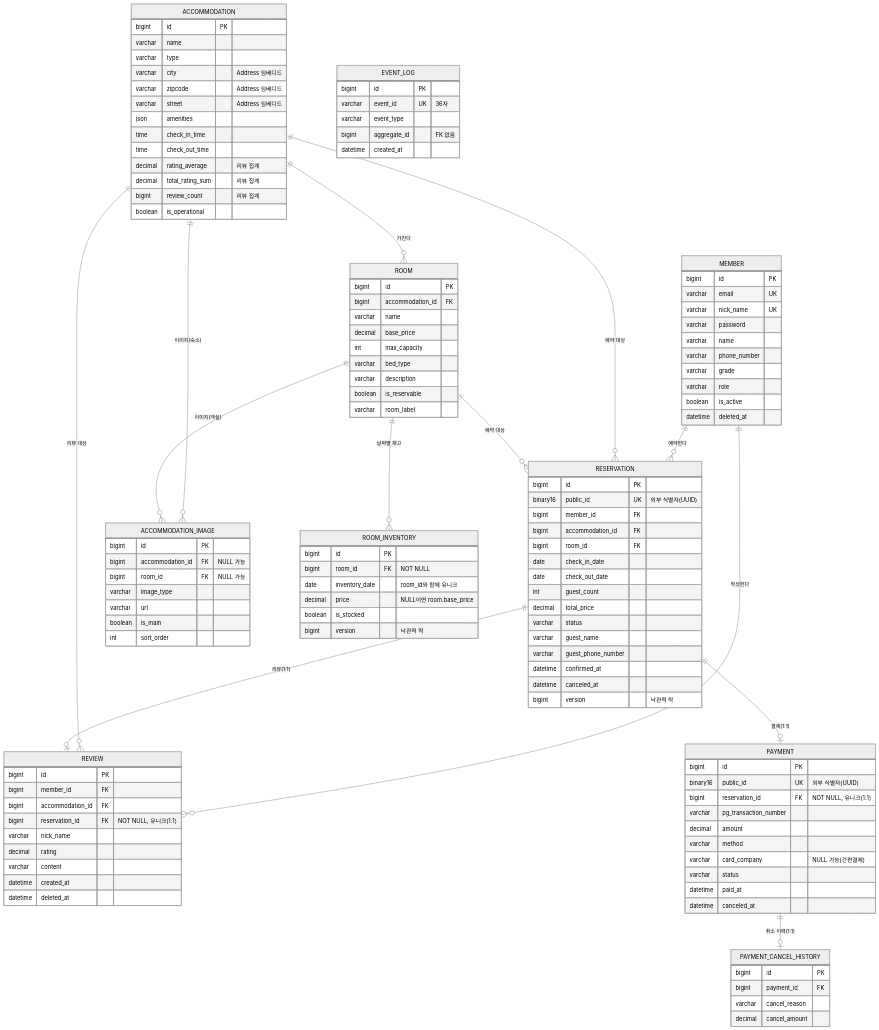
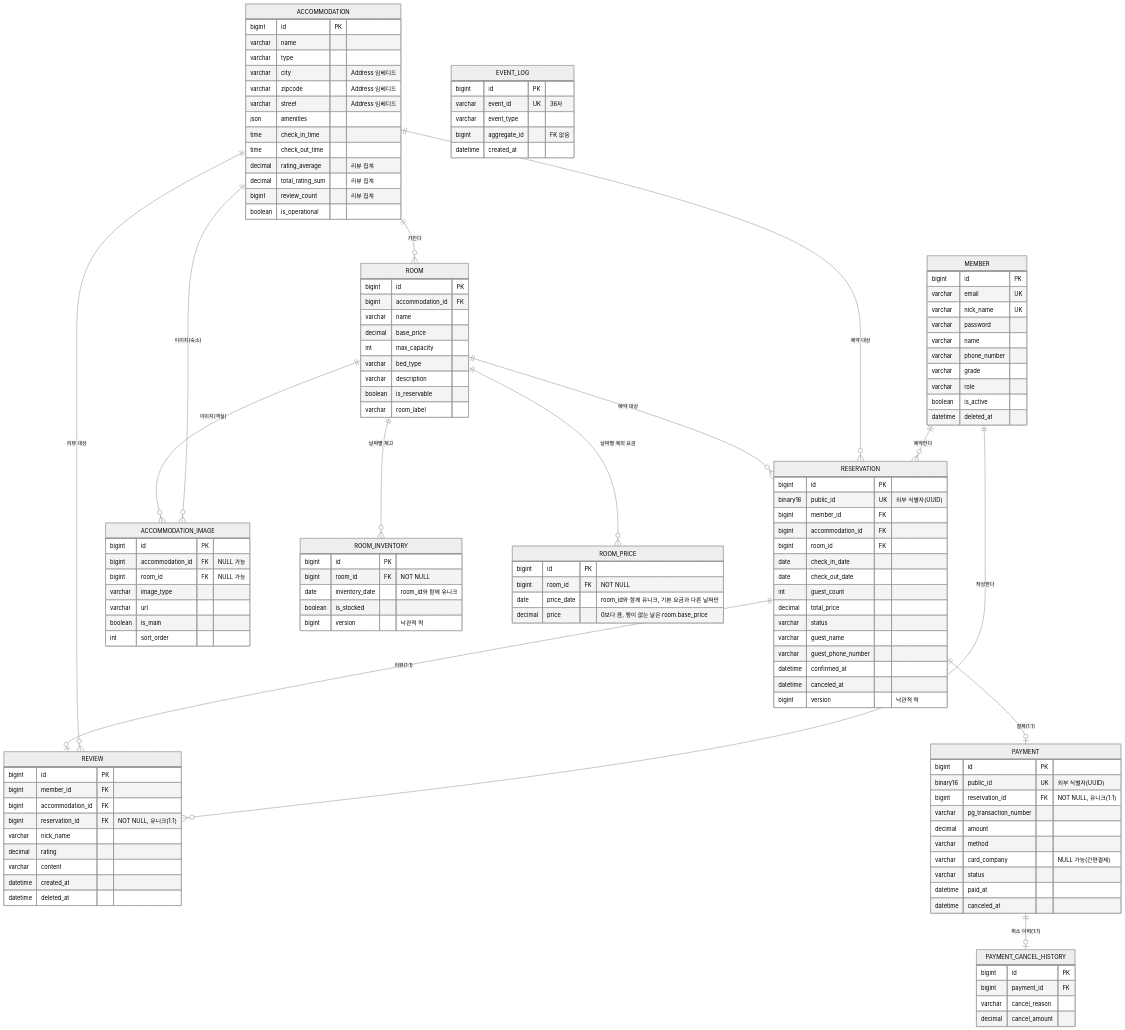
Before and after one commit to f-lab-edu/pdg-reservation: the diagram in docs/erd.md, drawn with Mermaid (neutral theme). The commit also changed other lines of this file and 19 other files, not shown here.

First line of the commit message:
refactor: 날짜별 가격을 room_price 예외 요금과 StayPriceCalculator 한 곳에서 계산한다

```diff
--- a/docs/erd.md
+++ b/docs/erd.md
@@ -16,6 +16,7 @@
     ACCOMMODATION ||--o{ ACCOMMODATION_IMAGE : "이미지(숙소)"
     ROOM ||--o{ ACCOMMODATION_IMAGE : "이미지(객실)"
     ROOM ||--o{ ROOM_INVENTORY : "날짜별 재고"
+    ROOM ||--o{ ROOM_PRICE : "날짜별 예외 요금"
     ROOM ||--o{ RESERVATION : "예약 대상"
     RESERVATION ||--o| PAYMENT : "결제(1:1)"
     RESERVATION ||--o| REVIEW : "리뷰(1:1)"
@@ -63,9 +64,14 @@
         bigint id PK
         bigint room_id FK "NOT NULL"
         date inventory_date "room_id와 함께 유니크"
-        decimal price "NULL이면 room.base_price"
         boolean is_stocked
         bigint version "낙관적 락"
+    }
+    ROOM_PRICE {
+        bigint id PK
+        bigint room_id FK "NOT NULL"
+        date price_date "room_id와 함께 유니크, 기본 요금과 다른 날짜만"
+        decimal price "0보다 큼, 행이 없는 날은 room.base_price"
     }
     ACCOMMODATION_IMAGE {
         bigint id PK
```
